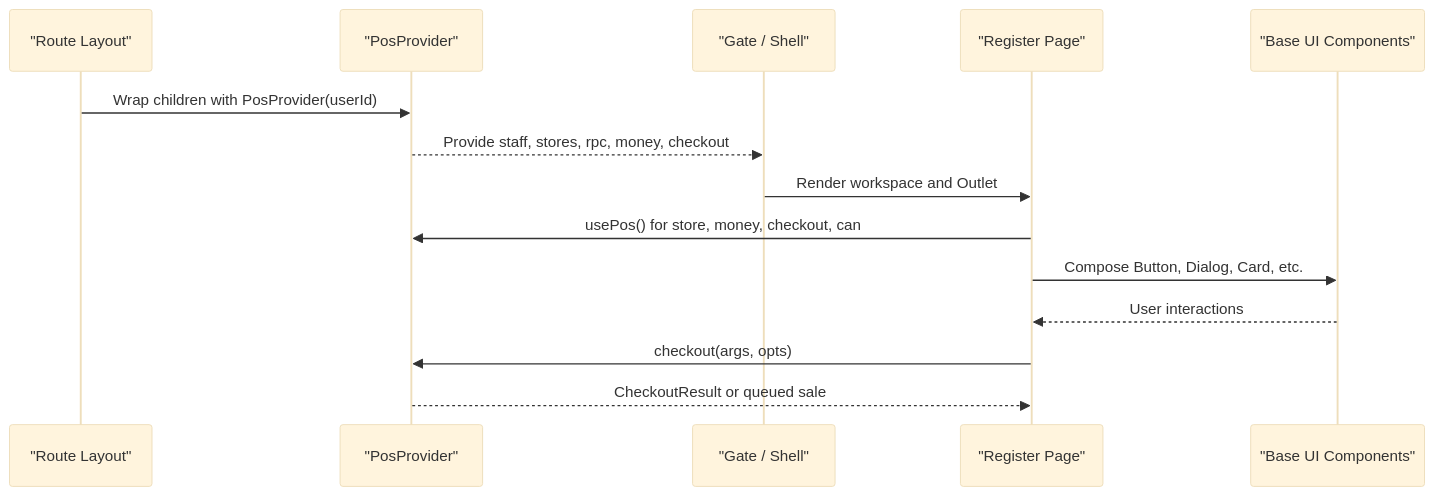
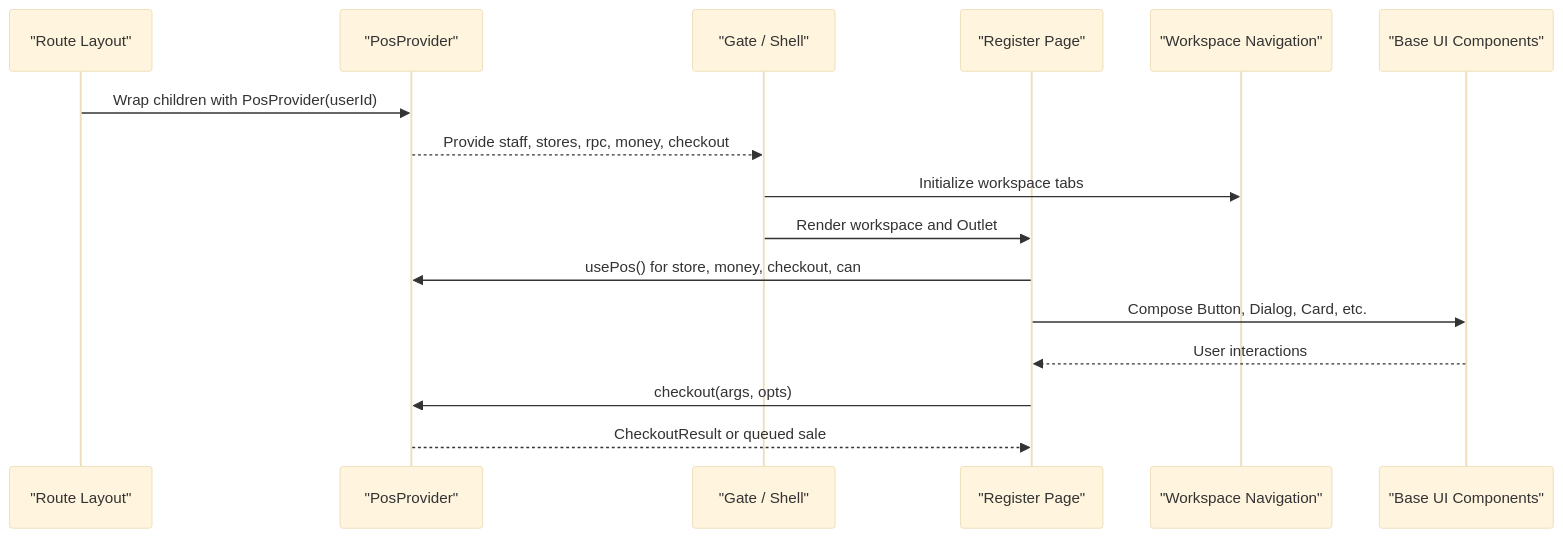
The second of 12 diagrams in .qoder/repowiki/en/content/Architecture Overview/Component Architecture & Organization/Component Composition & Patterns.md (themclloyd/storq), drawn with Mermaid (base theme) before and after one commit. The commit also changed other lines of this file and 45 other files, not shown here.

First line of the commit message:
feat(database): enhance POS schema with security and retail operations

````diff
--- a/.qoder/repowiki/en/content/Architecture Overview/Component Architecture & Organization/Component Composition & Patterns.md
+++ b/.qoder/repowiki/en/content/Architecture Overview/Component Architecture & Organization/Component Composition & Patterns.md
@@ -135,16 +175,18 @@
 ```mermaid
 sequenceDiagram
 participant Route as "Route Layout"
 participant Provider as "PosProvider"
 participant Gate as "Gate / Shell"
 participant Register as "Register Page"
+participant Navigation as "Workspace Navigation"
 participant UI as "Base UI Components"
 Route->>Provider : Wrap children with PosProvider(userId)
 Provider-->>Gate : Provide staff, stores, rpc, money, checkout
+Gate->>Navigation : Initialize workspace tabs
 Gate->>Register : Render workspace and Outlet
 Register->>Provider : usePos() for store, money, checkout, can
 Register->>UI : Compose Button, Dialog, Card, etc.
 UI-->>Register : User interactions
 Register->>Provider : checkout(args, opts)
 Provider-->>Register : CheckoutResult or queued sale
 ```
````
